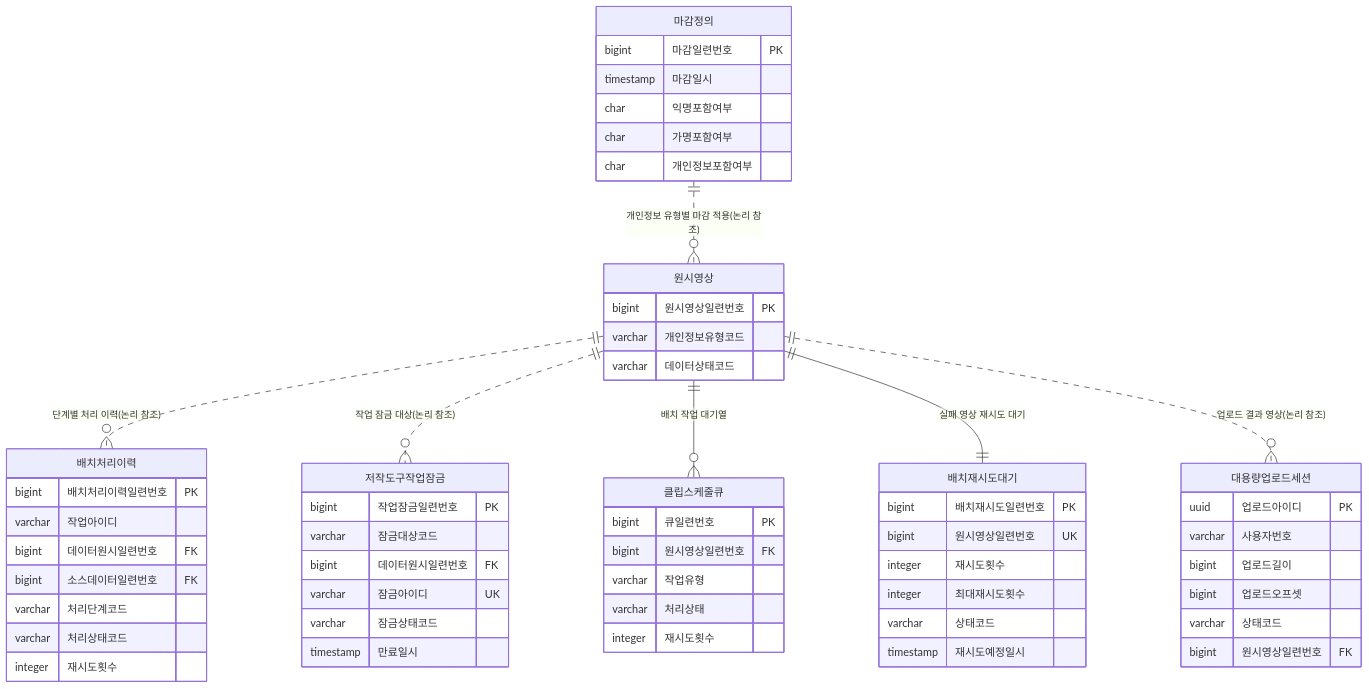
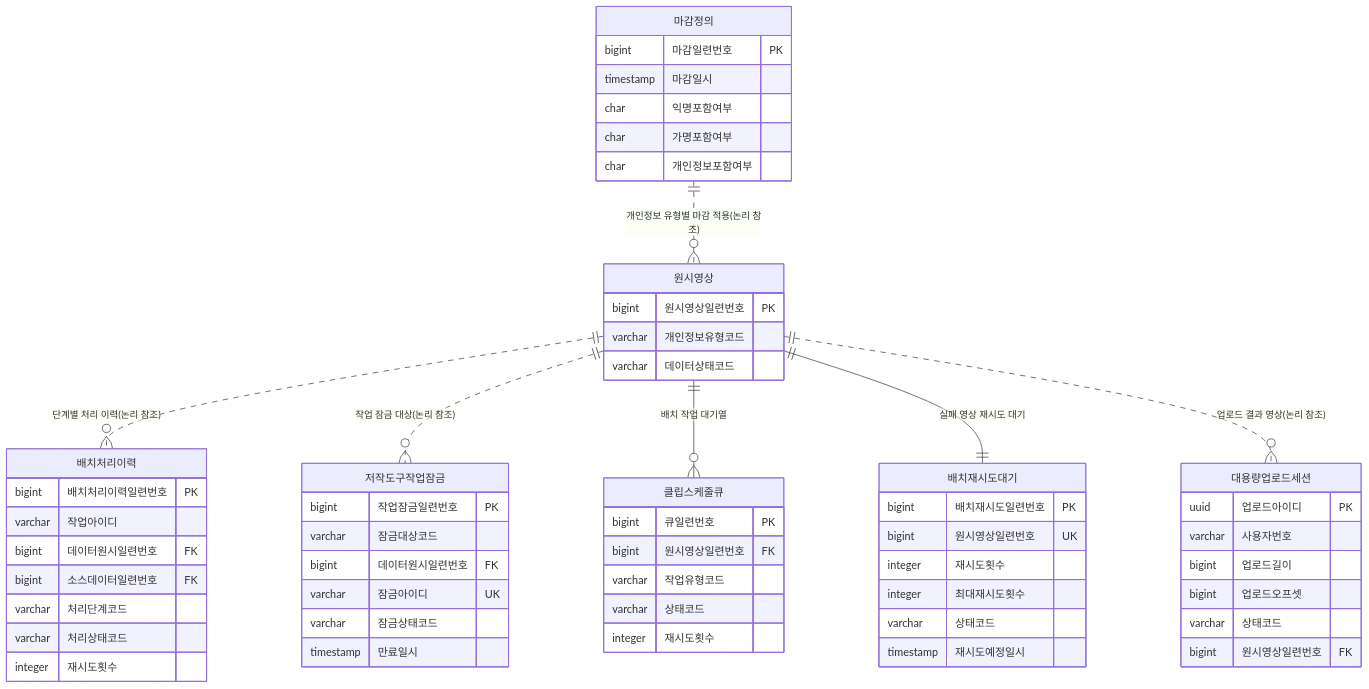
One commit to New-stella/klid-label changed diagram 13 of 17 in docs/design/KLID_AT_엔티티관계모형설계서.md. Above: the diagram before and after it, drawn with Mermaid. The commit also changed other lines of this file and 29 other files, not shown here.

````diff
--- a/docs/design/KLID_AT_엔티티관계모형설계서.md
+++ b/docs/design/KLID_AT_엔티티관계모형설계서.md
@@ -533,61 +533,61 @@
 ```mermaid
 erDiagram
     원시영상 ||..o{ 배치처리이력 : "단계별 처리 이력(논리 참조)"
     원시영상 ||..o{ 저작도구작업잠금 : "작업 잠금 대상(논리 참조)"
     원시영상 ||--o{ 클립스케줄큐 : "배치 작업 대기열"
     원시영상 ||--|| 배치재시도대기 : "실패 영상 재시도 대기"
     원시영상 ||..o{ 대용량업로드세션 : "업로드 결과 영상(논리 참조)"
     마감정의 ||..o{ 원시영상 : "개인정보 유형별 마감 적용(논리 참조)"
     원시영상 {
         bigint 원시영상일련번호 PK
         varchar 개인정보유형코드
         varchar 데이터상태코드
     }
     배치처리이력 {
         bigint 배치처리이력일련번호 PK
         varchar 작업아이디
         bigint 데이터원시일련번호 FK
         bigint 소스데이터일련번호 FK
         varchar 처리단계코드
         varchar 처리상태코드
         integer 재시도횟수
     }
     저작도구작업잠금 {
         bigint 작업잠금일련번호 PK
         varchar 잠금대상코드
         bigint 데이터원시일련번호 FK
         varchar 잠금아이디 UK
         varchar 잠금상태코드
         timestamp 만료일시
     }
     마감정의 {
         bigint 마감일련번호 PK
         timestamp 마감일시
         char 익명포함여부
         char 가명포함여부
         char 개인정보포함여부
     }
     클립스케줄큐 {
         bigint 큐일련번호 PK
         bigint 원시영상일련번호 FK
-        varchar 작업유형
-        varchar 처리상태
+        varchar 작업유형코드
+        varchar 상태코드
         integer 재시도횟수
     }
     배치재시도대기 {
         bigint 배치재시도일련번호 PK
         bigint 원시영상일련번호 UK
         integer 재시도횟수
         integer 최대재시도횟수
         varchar 상태코드
         timestamp 재시도예정일시
     }
     대용량업로드세션 {
         uuid 업로드아이디 PK
         varchar 사용자번호
         bigint 업로드길이
         bigint 업로드오프셋
         varchar 상태코드
         bigint 원시영상일련번호 FK
     }
 ```
````
